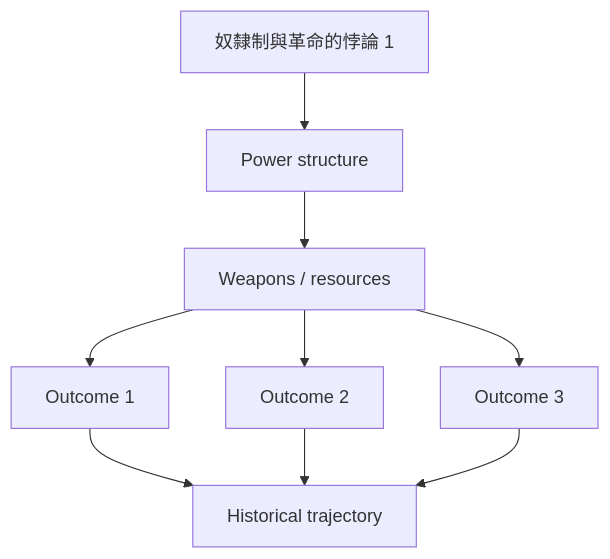
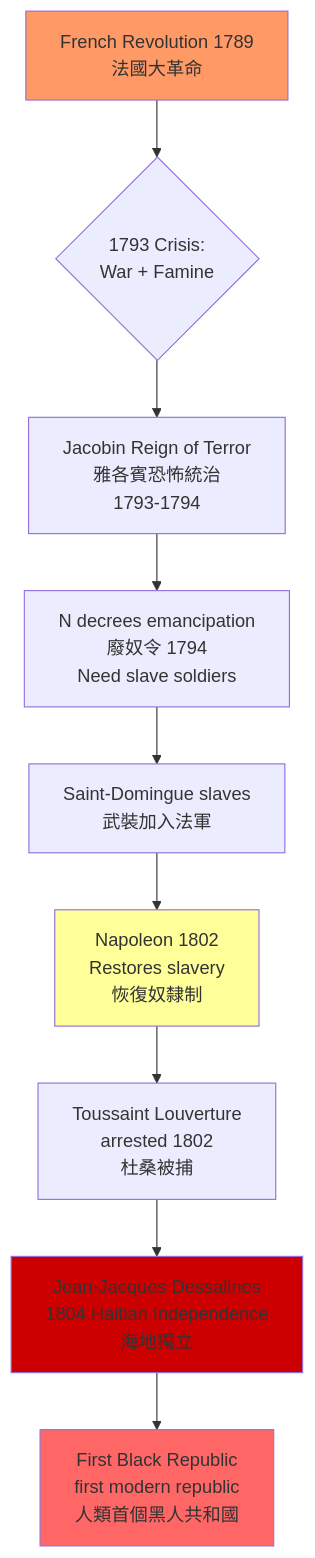
One commit to yip-lgtm/HKU-Harvard-History-Self-Study changed the second of 10 diagrams in 01_HKU_Courses/HIST2229_Global_Atlantic_revolutions.md. Above: the diagram before and after it, drawn with Mermaid. The commit also changed other lines of this file and 8 other files, not shown here.

````diff
--- a/01_HKU_Courses/HIST2229_Global_Atlantic_revolutions.md
+++ b/01_HKU_Courses/HIST2229_Global_Atlantic_revolutions.md
@@ -146,11 +172,15 @@
 ```mermaid
 graph TD
-    A[奴隸制與革命的悖論 1] --> B[Power structure]
-    B --> C[Weapons / resources]
-    C --> D[Outcome 1]
-    C --> E[Outcome 2]
-    C --> F[Outcome 3]
-    D --> G[Historical trajectory]
-    E --> G
-    F --> G
+    A[French Revolution 1789<br/>法國大革命] --> B{1793 Crisis:<br/>War + Famine}
+    B --> C[Jacobin Reign of Terror<br/>雅各賓恐怖統治<br/>1793-1794]
+    C --> D[N decrees emancipation<br/>廢奴令 1794<br/>Need slave soldiers]
+    D --> E[Saint-Domingue slaves<br/>武裝加入法軍]
+    E --> F[Napoleon 1802<br/>Restores slavery<br/>恢復奴隸制]
+    F --> G[Toussaint Louverture<br/>arrested 1802<br/>杜桑被捕]
+    G --> H[Jean-Jacques Dessalines<br/>1804 Haitian Independence<br/>海地獨立]
+    H --> I[First Black Republic<br/>first modern republic<br/>人類首個黑人共和國]
+    style A fill:#f96
+    style H fill:#c00
+    style I fill:#f66
+    style F fill:#ff9
 ```
````
